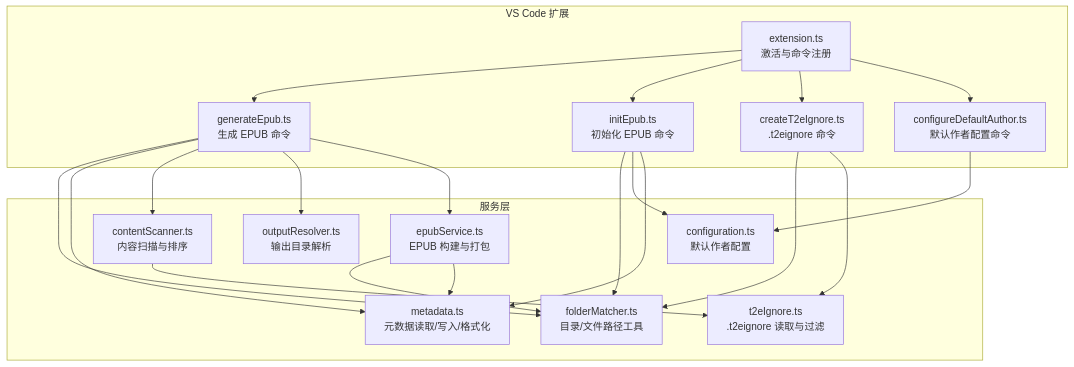
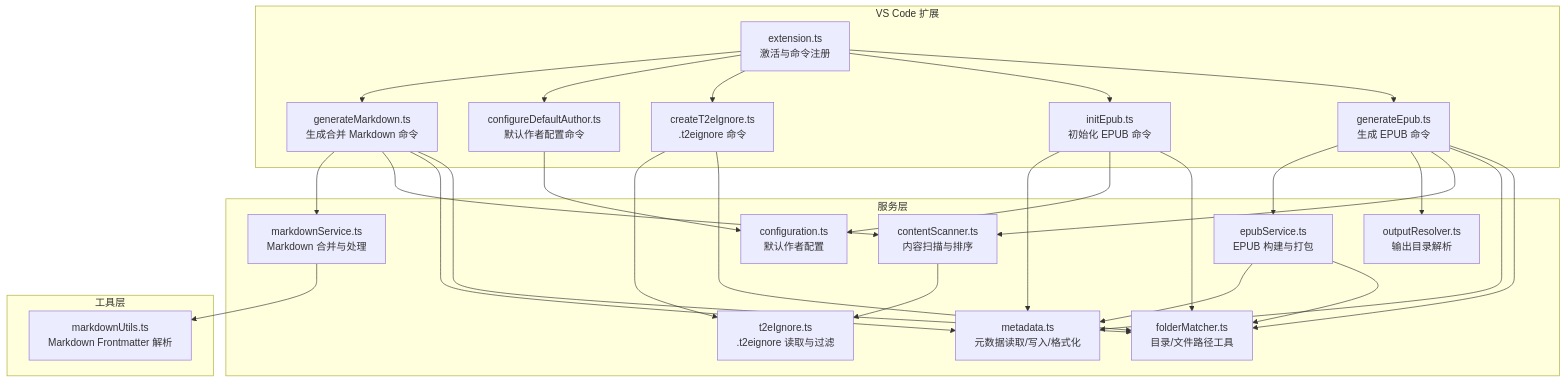
The first of 13 diagrams in .qoder/repowiki/zh/content/核心功能详解/核心功能详解.md (someok/vscode-folder2epub), drawn with Mermaid before and after one commit. The commit also changed other lines of this file and 8 other files, not shown here.

````diff
--- a/.qoder/repowiki/zh/content/核心功能详解/核心功能详解.md
+++ b/.qoder/repowiki/zh/content/核心功能详解/核心功能详解.md
@@ -42,37 +48,48 @@
 ```mermaid
 graph TB
 subgraph "VS Code 扩展"
 EXT["extension.ts<br/>激活与命令注册"]
 CMD_GEN["generateEpub.ts<br/>生成 EPUB 命令"]
 CMD_INIT["initEpub.ts<br/>初始化 EPUB 命令"]
 CMD_T2E["createT2eIgnore.ts<br/>.t2eignore 命令"]
 CMD_AUTH["configureDefaultAuthor.ts<br/>默认作者配置命令"]
+CMD_MERGE["generateMarkdown.ts<br/>生成合并 Markdown 命令"]
 end
 subgraph "服务层"
 SVC_SCAN["contentScanner.ts<br/>内容扫描与排序"]
 SVC_EPUB["epubService.ts<br/>EPUB 构建与打包"]
 SVC_META["metadata.ts<br/>元数据读取/写入/格式化"]
 SVC_T2E["t2eIgnore.ts<br/>.t2eignore 读取与过滤"]
 SVC_CONF["configuration.ts<br/>默认作者配置"]
 SVC_MATCH["folderMatcher.ts<br/>目录/文件路径工具"]
 SVC_OUT["outputResolver.ts<br/>输出目录解析"]
+SVC_MD["markdownService.ts<br/>Markdown 合并与处理"]
+end
+subgraph "工具层"
+UTIL_MD["markdownUtils.ts<br/>Markdown Frontmatter 解析"]
 end
 EXT --> CMD_GEN
 EXT --> CMD_INIT
 EXT --> CMD_T2E
 EXT --> CMD_AUTH
+EXT --> CMD_MERGE
 CMD_GEN --> SVC_MATCH
 CMD_GEN --> SVC_META
 CMD_GEN --> SVC_SCAN
 CMD_GEN --> SVC_OUT
 CMD_GEN --> SVC_EPUB
 CMD_INIT --> SVC_MATCH
 CMD_INIT --> SVC_CONF
 CMD_INIT --> SVC_META
 CMD_T2E --> SVC_MATCH
 CMD_T2E --> SVC_T2E
 CMD_AUTH --> SVC_CONF
+CMD_MERGE --> SVC_MATCH
+CMD_MERGE --> SVC_META
+CMD_MERGE --> SVC_SCAN
+CMD_MERGE --> SVC_MD
 SVC_SCAN --> SVC_T2E
 SVC_EPUB --> SVC_MATCH
 SVC_EPUB --> SVC_META
+SVC_MD --> UTIL_MD
 ```
````
